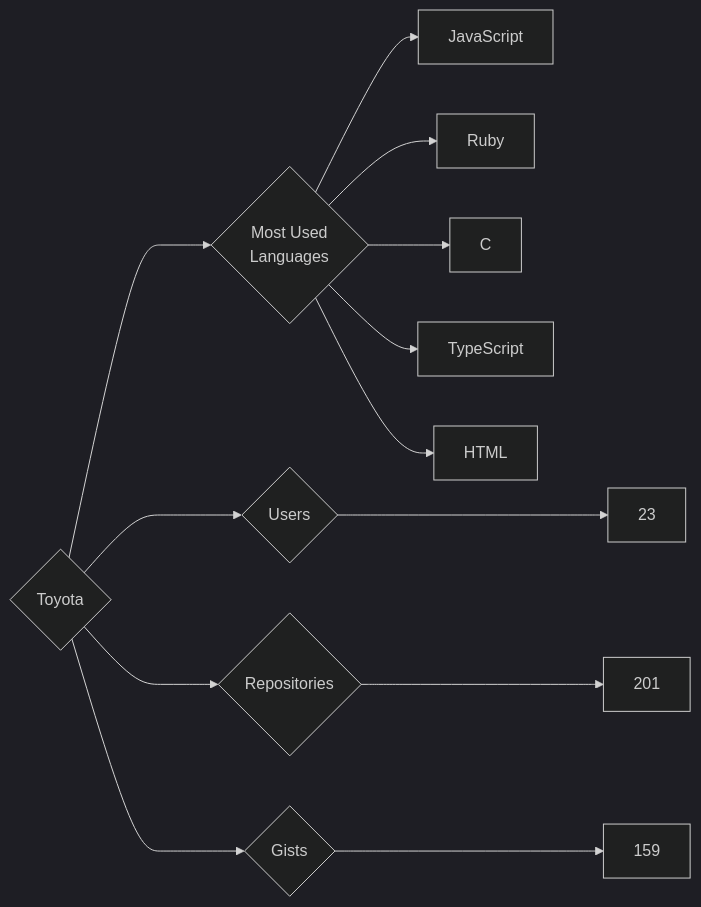
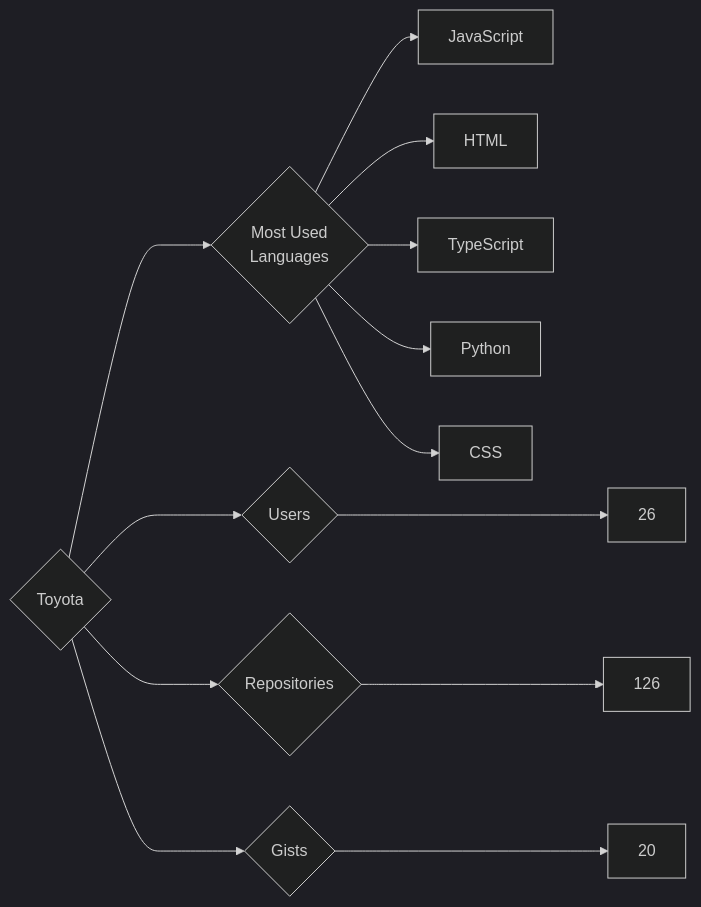
One commit to trickest/insiders changed the diagram in targets/Toyota/README.md. Above: the diagram before and after it, drawn with Mermaid (dark theme). The commit also changed 940 other files, not shown here.

````diff
--- a/targets/Toyota/README.md
+++ b/targets/Toyota/README.md
@@ -3,13 +3,13 @@
 ```mermaid
 graph LR
 COMPANY_NAME{Toyota}
-COMPANY_NAME ---> U{Users} ---> UN[23]
-COMPANY_NAME ---> R{Repositories} ---> RN[201]
-COMPANY_NAME ---> G{Gists} ---> GN[159]
+COMPANY_NAME ---> U{Users} ---> UN[26]
+COMPANY_NAME ---> R{Repositories} ---> RN[126]
+COMPANY_NAME ---> G{Gists} ---> GN[20]
 COMPANY_NAME ---> ML{Most Used<br>Languages}
 ML --> JavaScript[JavaScript]
-ML --> Ruby[Ruby]
-ML --> C[C]
+ML --> HTML[HTML]
 ML --> TypeScript[TypeScript]
-ML --> HTML[HTML]
+ML --> Python[Python]
+ML --> CSS[CSS]
 ```
````
